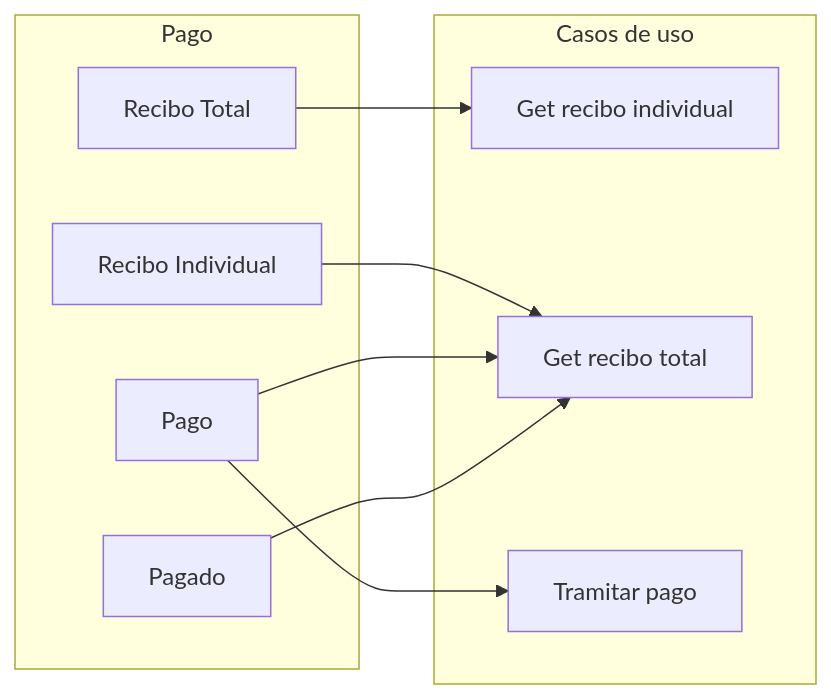
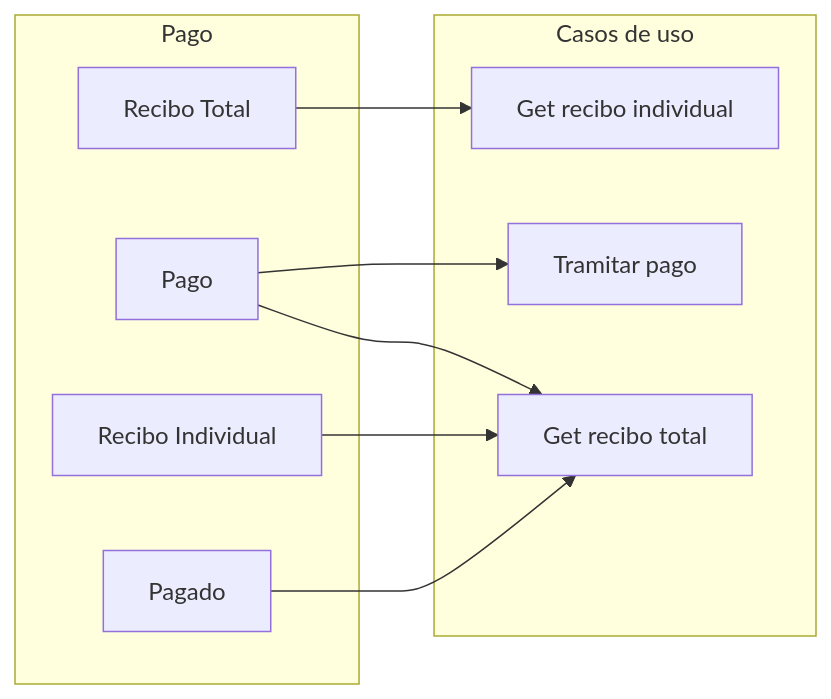
The tenth of 10 diagrams in documentacion/requisitos/diagramas_de_flujo.md (pabenito/QRest), drawn with Mermaid before and after one commit. The commit also changed other lines of this file, not shown here.

Commit message:
Diagrama de flujo: Unificar casos de uso Añadir/Eliminar elementos complejos y simples.

````diff
--- a/documentacion/requisitos/diagramas_de_flujo.md
+++ b/documentacion/requisitos/diagramas_de_flujo.md
@@ -185,19 +175,19 @@
 ```mermaid
 flowchart LR
     subgraph g_pago[Pago]
         recibo_total[Recibo Total]
+        pago[Pago]
         recibo_individual[Recibo Individual]
-        pago[Pago]
         pagado[Pagado]
     end
     subgraph casos_de_uso[Casos de uso]
         get_recibo_individual[Get recibo individual]
         get_recibo_total[Get recibo total]
         tramitar_pago[Tramitar pago]
     end
     recibo_total --> get_recibo_individual
     recibo_individual --> get_recibo_total
     pago --> tramitar_pago
     pago --> get_recibo_total
     pagado --> get_recibo_total
 ```
````
